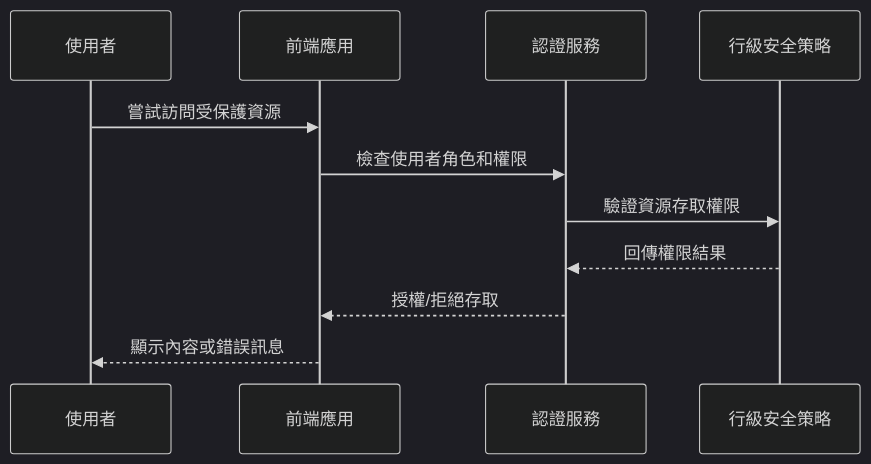
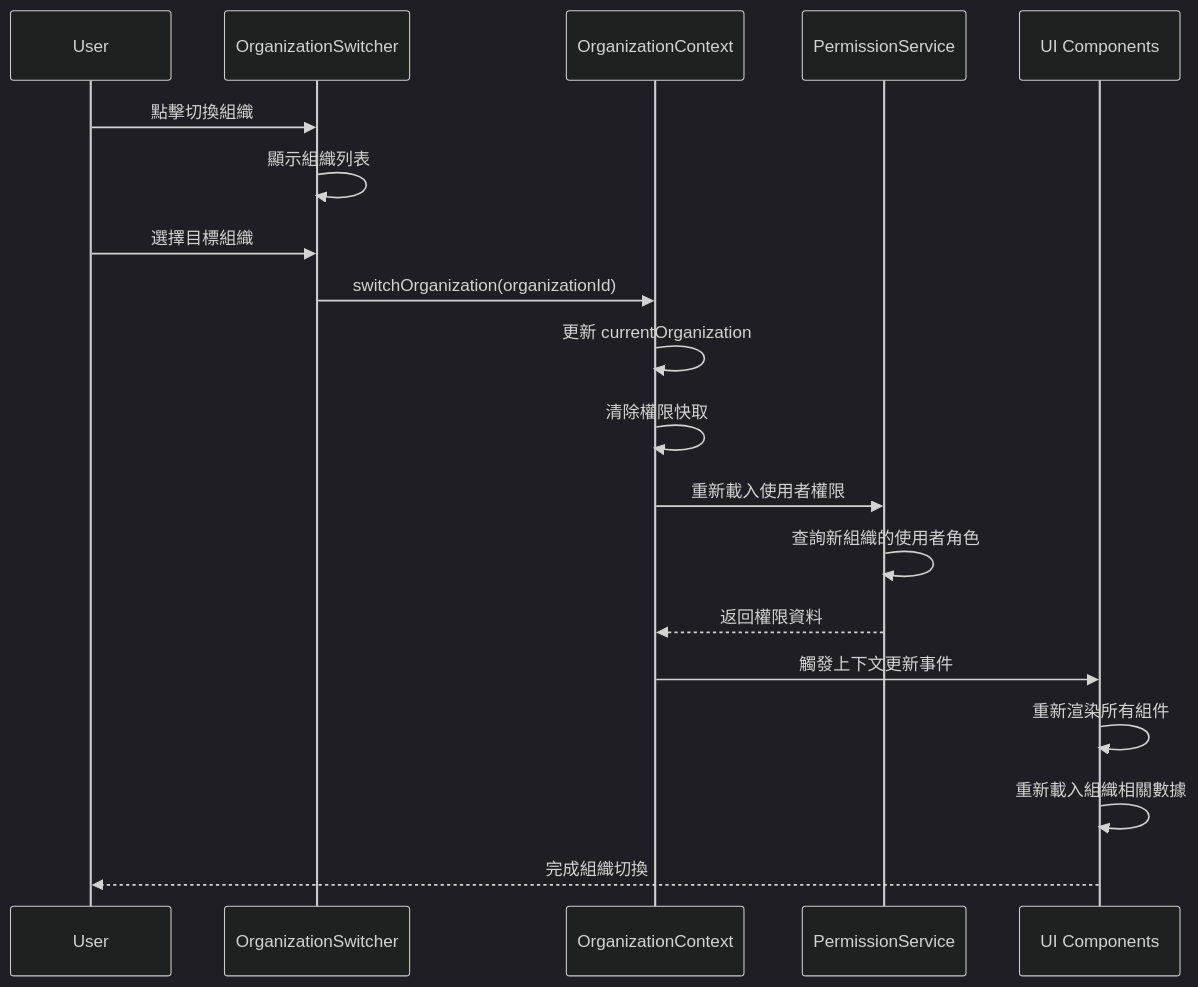
The third of 18 diagrams in docs/SEQUENCE_DIAGRAMS.md (quinticechen/qerp-system), drawn with Mermaid (dark theme) before and after one commit. The commit also changed other lines of this file and 9 other files, not shown here.

First line of the commit message:
feat: Enhance organization permission management

````diff
--- a/docs/SEQUENCE_DIAGRAMS.md
+++ b/docs/SEQUENCE_DIAGRAMS.md
@@ -27,14 +71,24 @@
 ```mermaid
 sequenceDiagram
-    participant User as 使用者
-    participant Frontend as 前端應用
-    participant Auth as 認證服務
-    participant RLS as 行級安全策略
+    participant U as User
+    participant SW as OrganizationSwitcher
+    participant OC as OrganizationContext
+    participant PS as PermissionService
+    participant UI as UI Components
 
-    User->>Frontend: 嘗試訪問受保護資源
-    Frontend->>Auth: 檢查使用者角色和權限
-    Auth->>RLS: 驗證資源存取權限
-    RLS-->>Auth: 回傳權限結果
-    Auth-->>Frontend: 授權/拒絕存取
-    Frontend-->>User: 顯示內容或錯誤訊息
+    U->>SW: 點擊切換組織
+    SW->>SW: 顯示組織列表
+    U->>SW: 選擇目標組織
+    
+    SW->>OC: switchOrganization(organizationId)
+    OC->>OC: 更新 currentOrganization
+    OC->>OC: 清除權限快取
+    OC->>PS: 重新載入使用者權限
+    PS->>PS: 查詢新組織的使用者角色
+    PS-->>OC: 返回權限資料
+    
+    OC->>UI: 觸發上下文更新事件
+    UI->>UI: 重新渲染所有組件
+    UI->>UI: 重新載入組織相關數據
+    UI-->>U: 完成組織切換
 ```
````
